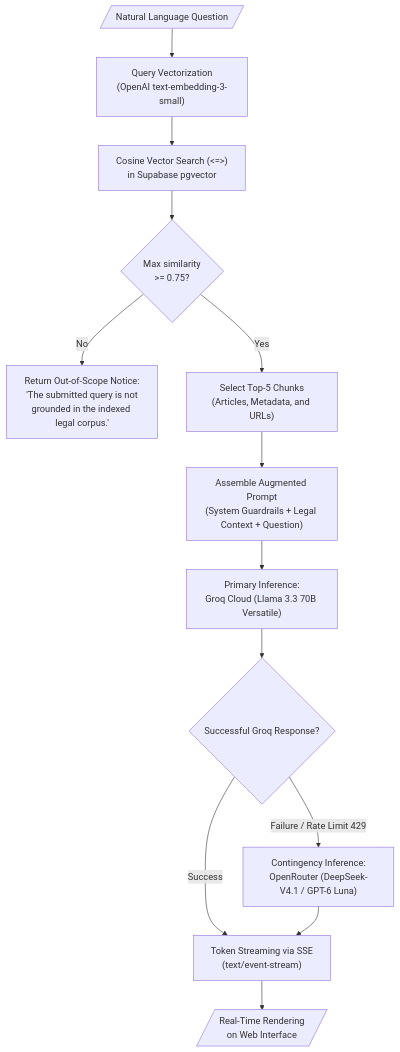
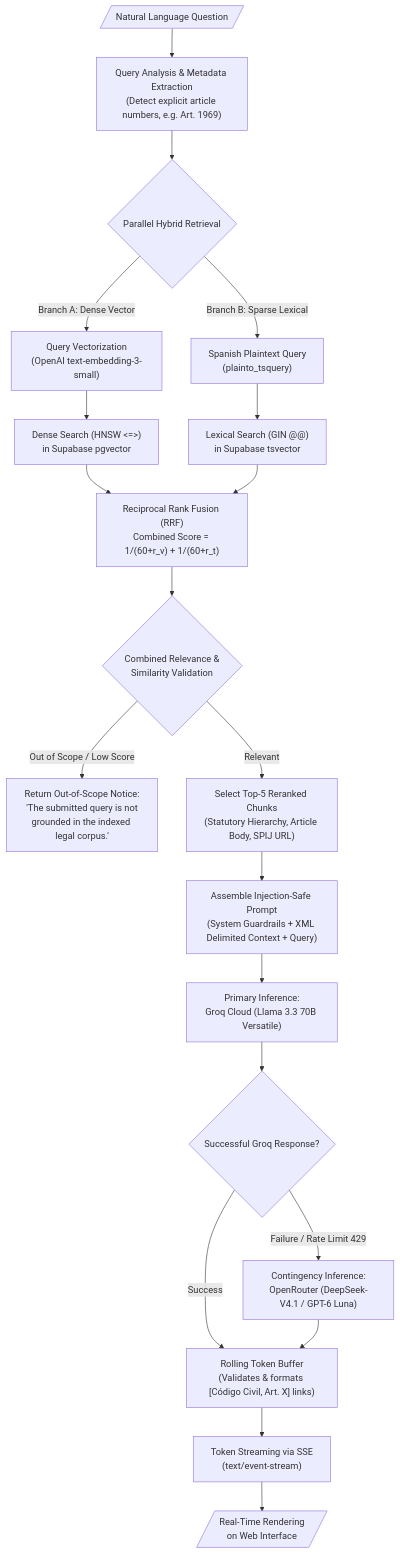
One commit to jorghee/inti-rag changed the diagram in docs/modules/rag-pipeline.md. Above: the diagram before and after it, drawn with Mermaid. The commit also changed other lines of this file and 6 other files, not shown here.

First line of the commit message:
docs(architecture): integrate hybrid search, RRF scoring, prompt guardrails, and mega-article safeguards

````diff
--- a/docs/modules/rag-pipeline.md
+++ b/docs/modules/rag-pipeline.md
@@ -17,20 +17,30 @@
 ```mermaid
 flowchart TD
-    UserQuery[/"Natural Language Question"/] --> Embedding["Query Vectorization\n(OpenAI text-embedding-3-small)"]
-    Embedding --> VectorQuery["Cosine Vector Search (<=>)\nin Supabase pgvector"]
+    UserQuery[/"Natural Language Question"/] --> PreFilter["Query Analysis & Metadata Extraction\n(Detect explicit article numbers, e.g. Art. 1969)"]
     
-    VectorQuery --> ThresholdCheck{"Max similarity\n>= 0.75?"}
+    PreFilter --> ParallelRetrieval{"Parallel Hybrid Retrieval"}
+    ParallelRetrieval -->|Branch A: Dense Vector| Embedding["Query Vectorization\n(OpenAI text-embedding-3-small)"]
+    ParallelRetrieval -->|Branch B: Sparse Lexical| TSQuery["Spanish Plaintext Query\n(plainto_tsquery)"]
     
-    ThresholdCheck -->|No| OutOfScopeResponse["Return Out-of-Scope Notice:\n'The submitted query is not\ngrounded in the indexed legal corpus.'"]
-    ThresholdCheck -->|Yes| SelectTopK["Select Top-5 Chunks\n(Articles, Metadata, and URLs)"]
+    Embedding --> HNSWSearch["Dense Search (HNSW <=>)\nin Supabase pgvector"]
+    TSQuery --> GINSearch["Lexical Search (GIN @@)\nin Supabase tsvector"]
     
-    SelectTopK --> PromptBuilder["Assemble Augmented Prompt\n(System Guardrails + Legal Context + Question)"]
+    HNSWSearch --> RRF["Reciprocal Rank Fusion (RRF)\nCombined Score = 1/(60+r_v) + 1/(60+r_t)"]
+    GINSearch --> RRF
+    
+    RRF --> RelevanceCheck{"Combined Relevance &\nSimilarity Validation"}
+    
+    RelevanceCheck -->|Out of Scope / Low Score| OutOfScopeResponse["Return Out-of-Scope Notice:\n'The submitted query is not\ngrounded in the indexed legal corpus.'"]
+    RelevanceCheck -->|Relevant| SelectTopK["Select Top-5 Reranked Chunks\n(Statutory Hierarchy, Article Body, SPIJ URL)"]
+    
+    SelectTopK --> PromptBuilder["Assemble Injection-Safe Prompt\n(System Guardrails + XML Delimited Context + Query)"]
     PromptBuilder --> PrimaryInference["Primary Inference:\nGroq Cloud (Llama 3.3 70B Versatile)"]
     
     PrimaryInference --> CheckInference{"Successful Groq Response?"}
     CheckInference -->|Failure / Rate Limit 429| FallbackInference["Contingency Inference:\nOpenRouter (DeepSeek-V4.1 / GPT-6 Luna)"]
-    CheckInference -->|Success| StreamSSE["Token Streaming via SSE\n(text/event-stream)"]
-    FallbackInference --> StreamSSE
+    CheckInference -->|Success| CitationBuffer["Rolling Token Buffer\n(Validates & formats [Código Civil, Art. X] links)"]
+    FallbackInference --> CitationBuffer
     
+    CitationBuffer --> StreamSSE["Token Streaming via SSE\n(text/event-stream)"]
     StreamSSE --> WebClient[/"Real-Time Rendering\non Web Interface"/]
 ```
````
